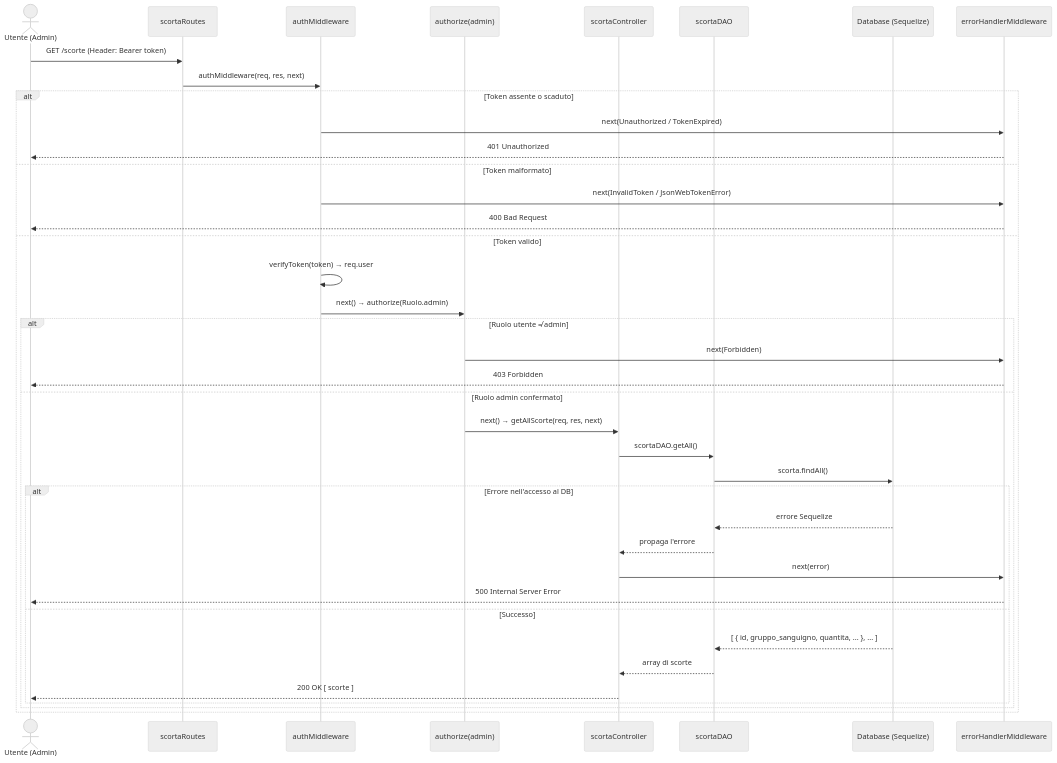
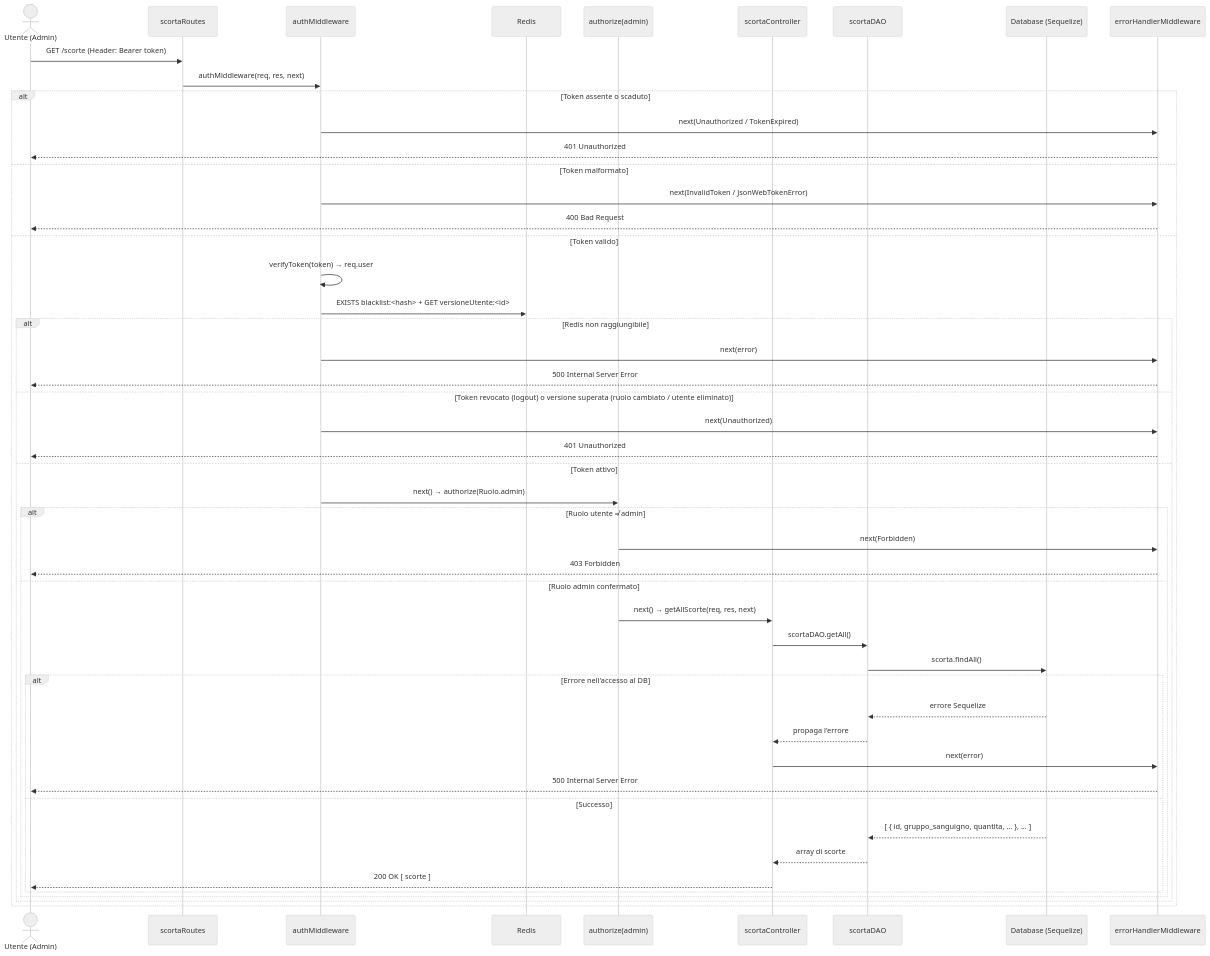
One commit to antoniodam03/ProgettoProgrammazioneAvanzata changed the fourth of 6 diagrams in README.md. Above: the diagram before and after it, drawn with Mermaid (neutral theme). The commit also changed other lines of this file, not shown here.

````diff
--- a/README.md
+++ b/README.md
@@ -341,46 +388,56 @@
 ```mermaid
 sequenceDiagram
     actor U as Utente (Admin)
     participant R as scortaRoutes
     participant AUTH as authMiddleware
+    participant RD as Redis
     participant AUTHZ as authorize(admin)
     participant C as scortaController
     participant D as scortaDAO
     participant DB as Database (Sequelize)
     participant EH as errorHandlerMiddleware
 
     U->>R: GET /scorte  (Header: Bearer token)
     R->>AUTH: authMiddleware(req, res, next)
 
     alt Token assente o scaduto
         AUTH->>EH: next(Unauthorized / TokenExpired)
         EH-->>U: 401 Unauthorized
     else Token malformato
         AUTH->>EH: next(InvalidToken / JsonWebTokenError)
         EH-->>U: 400 Bad Request
     else Token valido
         AUTH->>AUTH: verifyToken(token) → req.user
-        AUTH->>AUTHZ: next() → authorize(Ruolo.admin)
+        AUTH->>RD: EXISTS blacklist:<hash> + GET versioneUtente:<id>
+        alt Redis non raggiungibile
+            AUTH->>EH: next(error)
+            EH-->>U: 500 Internal Server Error
+        else Token revocato (logout) o versione superata (ruolo cambiato / utente eliminato)
+            AUTH->>EH: next(Unauthorized)
+            EH-->>U: 401 Unauthorized
+        else Token attivo
+            AUTH->>AUTHZ: next() → authorize(Ruolo.admin)
 
-        alt Ruolo utente ≠ admin
-            AUTHZ->>EH: next(Forbidden)
-            EH-->>U: 403 Forbidden
-        else Ruolo admin confermato
-            AUTHZ->>C: next() → getAllScorte(req, res, next)
+            alt Ruolo utente ≠ admin
+                AUTHZ->>EH: next(Forbidden)
+                EH-->>U: 403 Forbidden
+            else Ruolo admin confermato
+                AUTHZ->>C: next() → getAllScorte(req, res, next)
 
-            C->>D: scortaDAO.getAll()
-            D->>DB: scorta.findAll()
+                C->>D: scortaDAO.getAll()
+                D->>DB: scorta.findAll()
 
-            alt Errore nell'accesso al DB
-                DB-->>D: errore Sequelize
-                D-->>C: propaga l'errore
-                C->>EH: next(error)
-                EH-->>U: 500 Internal Server Error
-            else Successo
-                DB-->>D: [ { id, gruppo_sanguigno, quantita, ... }, ... ]
-                D-->>C: array di scorte
-                C-->>U: 200 OK  [ scorte ]
+                alt Errore nell'accesso al DB
+                    DB-->>D: errore Sequelize
+                    D-->>C: propaga l'errore
+                    C->>EH: next(error)
+                    EH-->>U: 500 Internal Server Error
+                else Successo
+                    DB-->>D: [ { id, gruppo_sanguigno, quantita, ... }, ... ]
+                    D-->>C: array di scorte
+                    C-->>U: 200 OK  [ scorte ]
+                end
             end
         end
     end
 ```
````
